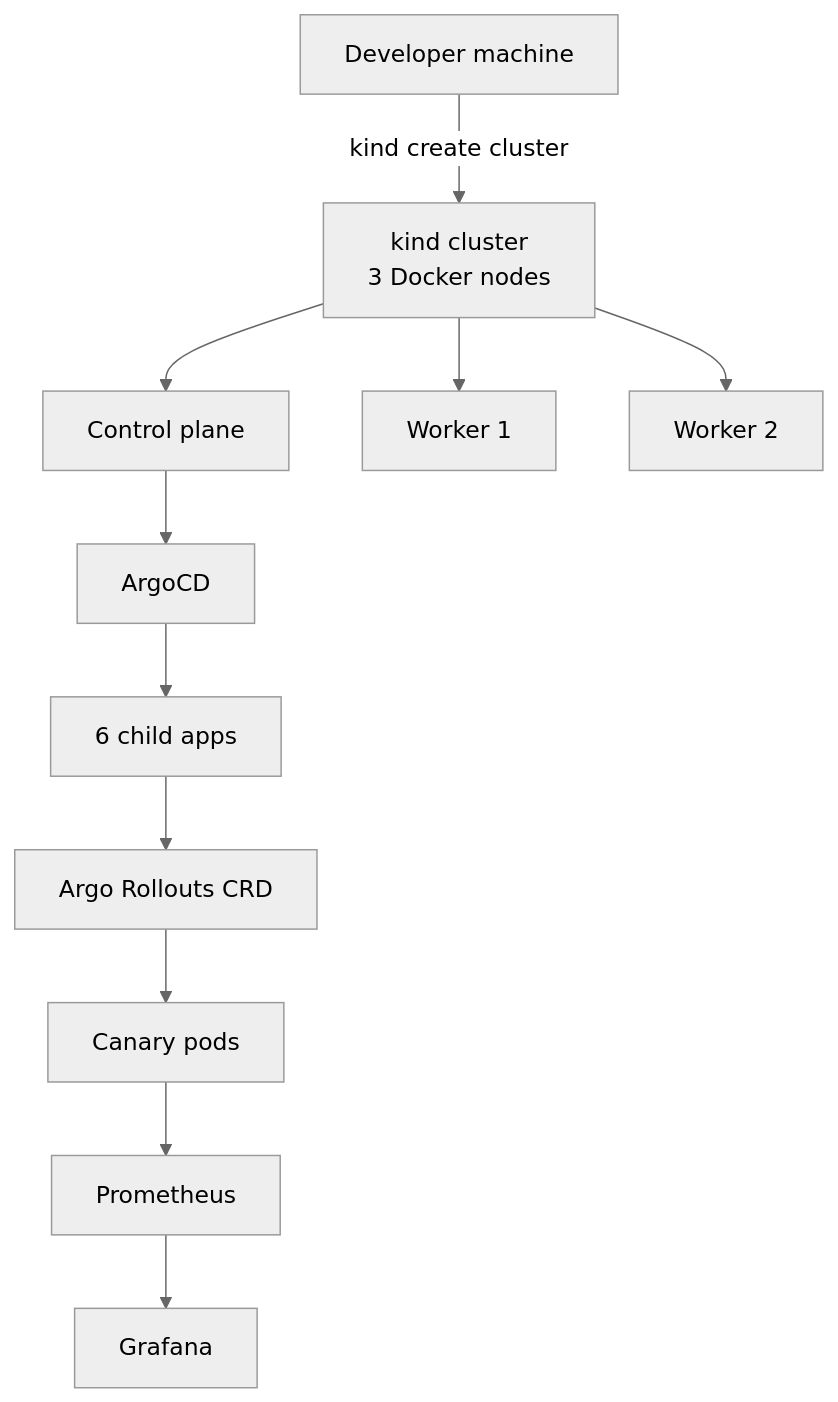
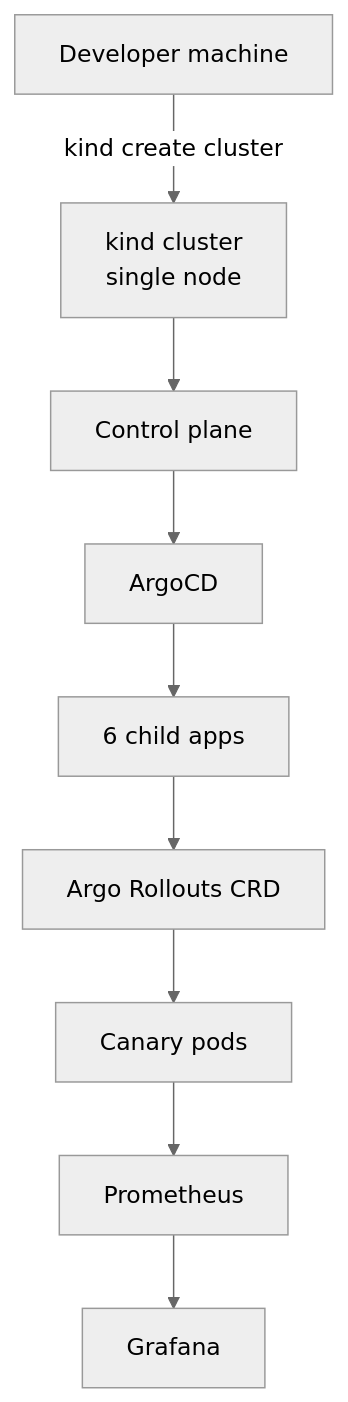
Before and after one commit to ykstorm/devops-showcase: the diagram in README.md, drawn with Mermaid (neutral theme). The commit also changed other lines of this file and 24 other files, not shown here.

````diff
--- a/README.md
+++ b/README.md
@@ -85,13 +84,11 @@
 ```mermaid
 graph TD
-    Dev[Developer machine] -->|kind create cluster| Kind[kind cluster<br/>3 Docker nodes]
+    Dev[Developer machine] -->|kind create cluster| Kind[kind cluster<br/>single node]
     Kind --> CP[Control plane]
-    Kind --> W1[Worker 1]
-    Kind --> W2[Worker 2]
     CP --> Argo[ArgoCD]
     Argo --> Apps[6 child apps]
     Apps --> Rollout[Argo Rollouts CRD]
     Rollout --> Pods[Canary pods]
     Pods --> Prom[Prometheus]
     Prom --> Graf[Grafana]
 ```
````
